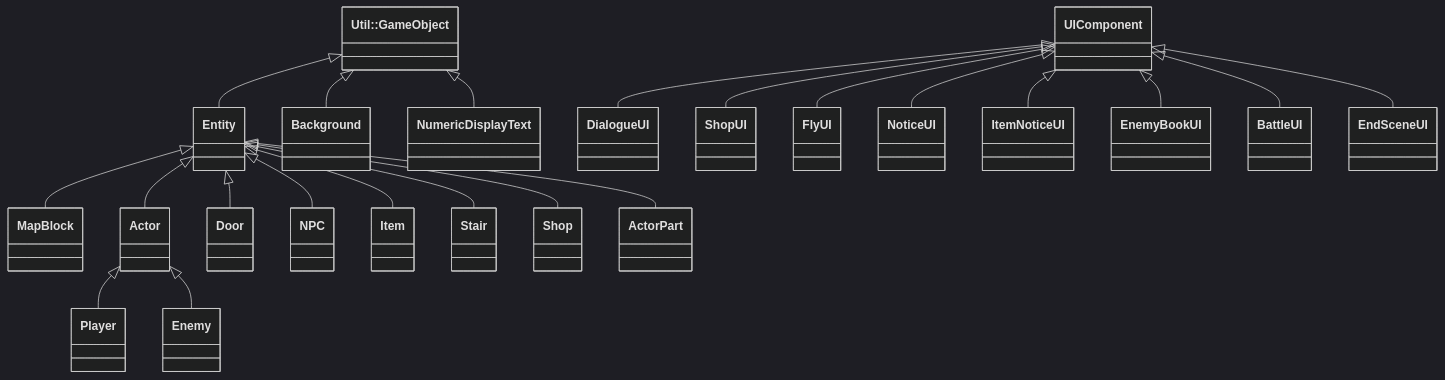
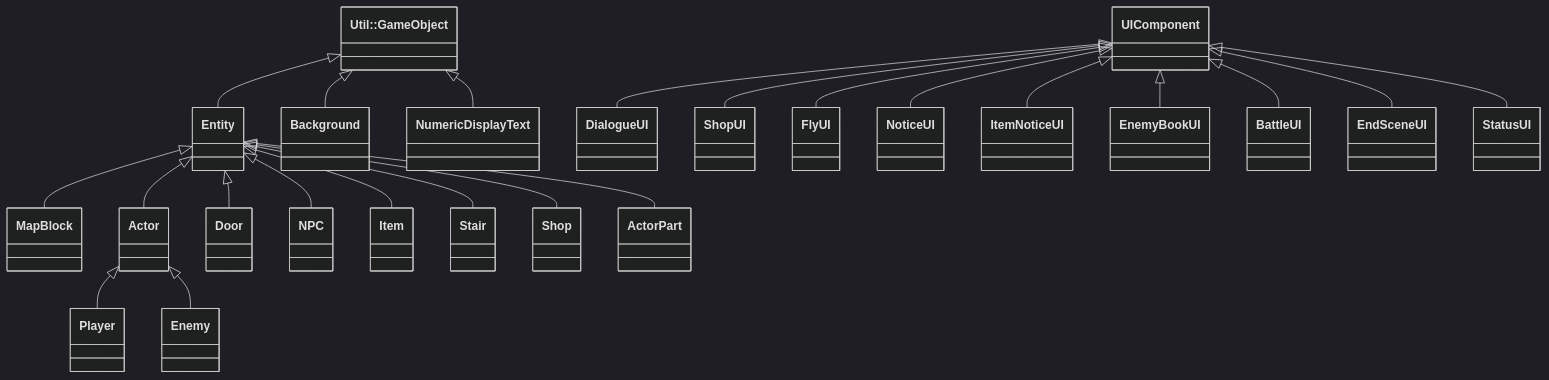
Before and after one commit to XWJWPIY/schoolwork_recreate_magic_tower: the first of 5 diagrams in Constructure.md, drawn with Mermaid (dark theme). The commit also changed other lines of this file, not shown here.

````diff
--- a/Constructure.md
+++ b/Constructure.md
@@ -7,32 +7,33 @@
 ```mermaid
 classDiagram
     direction TB
     class GameObject["Util::GameObject"]
     class Entity
     class UIComponent
 
     GameObject <|-- Entity
     GameObject <|-- Background
     GameObject <|-- NumericDisplayText
     
     Entity <|-- MapBlock
     Entity <|-- Actor
     Entity <|-- Door
     Entity <|-- NPC
     Entity <|-- Item
     Entity <|-- Stair
     Entity <|-- Shop
     Entity <|-- ActorPart
 
     Actor <|-- Player
     Actor <|-- Enemy
 
     UIComponent <|-- DialogueUI
     UIComponent <|-- ShopUI
     UIComponent <|-- FlyUI
     UIComponent <|-- NoticeUI
     UIComponent <|-- ItemNoticeUI
     UIComponent <|-- EnemyBookUI
     UIComponent <|-- BattleUI
     UIComponent <|-- EndSceneUI
+    UIComponent <|-- StatusUI
 ```
````
